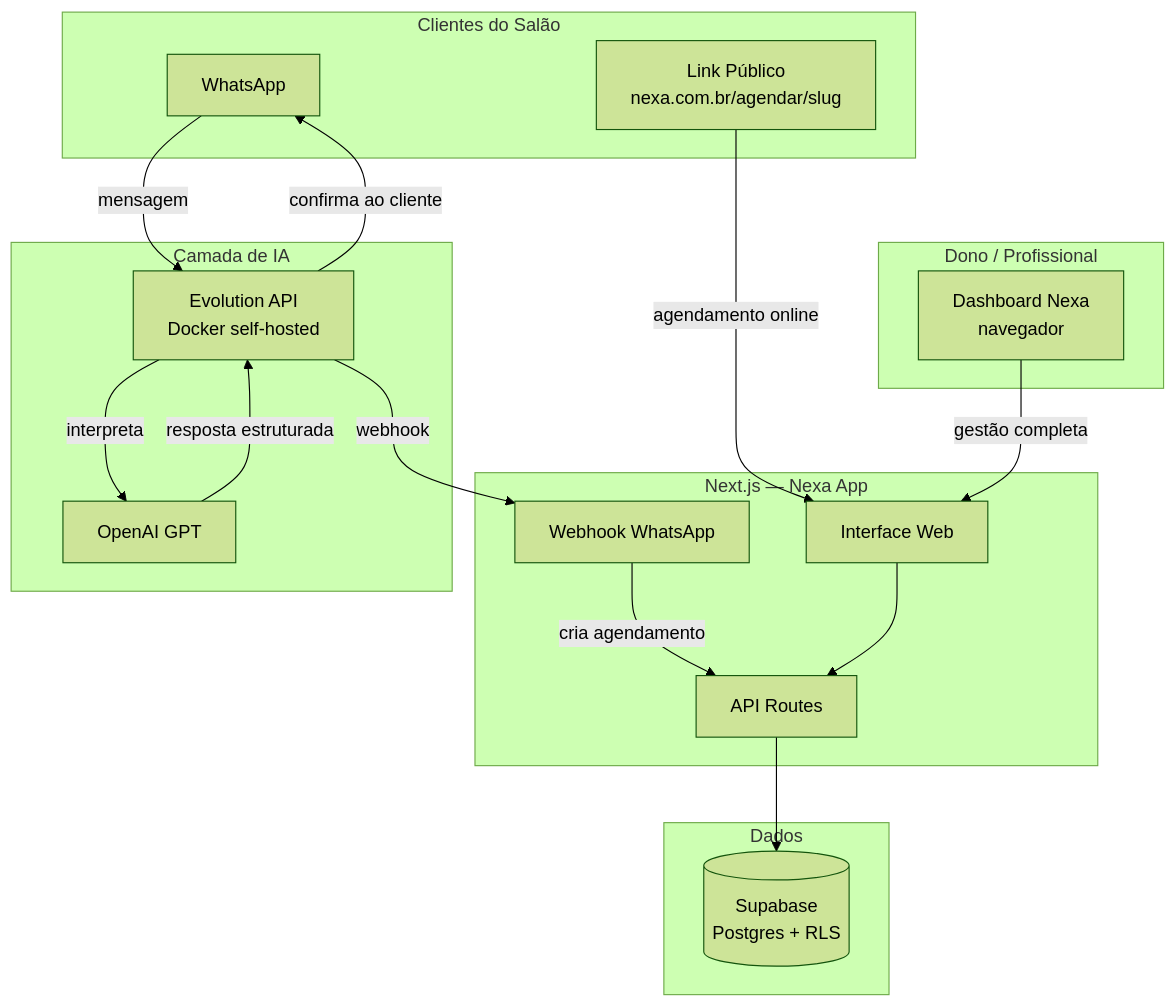
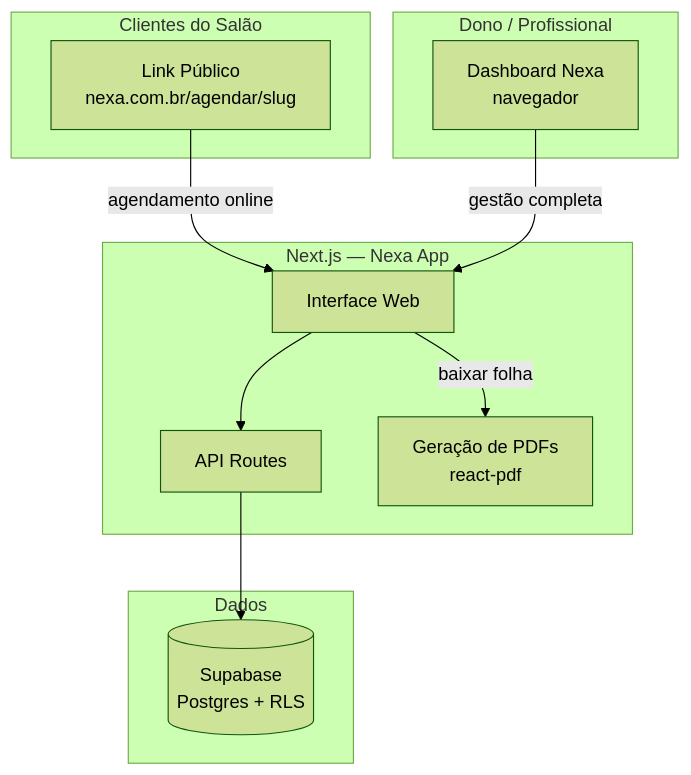
Before and after one commit to DiegoNexa/Nexa: the first of 7 diagrams in DIAGRAM.md, drawn with Mermaid (forest theme). The commit also changed other lines of this file and 5 other files, not shown here.

First line of the commit message:
chore: remove WhatsApp + IA do escopo v1.0 (adiado por custo)

````diff
--- a/DIAGRAM.md
+++ b/DIAGRAM.md
@@ -10,38 +10,26 @@
 ```mermaid
 flowchart TD
     subgraph CLIENT["Clientes do Salão"]
-        WA[WhatsApp]
         LP[Link Público\nnexa.com.br/agendar/slug]
     end
 
     subgraph OWNER["Dono / Profissional"]
         DB[Dashboard Nexa\nnavegador]
     end
 
     subgraph APP["Next.js — Nexa App"]
         UI[Interface Web]
         API[API Routes]
-        WH[Webhook WhatsApp]
-    end
-
-    subgraph AI["Camada de IA"]
-        EVO[Evolution API\nDocker self-hosted]
-        GPT[OpenAI GPT]
+        PDF[Geração de PDFs\nreact-pdf]
     end
 
     subgraph DATA["Dados"]
         SB[(Supabase\nPostgres + RLS)]
     end
 
-    WA -->|mensagem| EVO
-    EVO -->|interpreta| GPT
-    GPT -->|resposta estruturada| EVO
-    EVO -->|webhook| WH
-    WH -->|cria agendamento| API
-    EVO -->|confirma ao cliente| WA
-
     LP -->|agendamento online| UI
     DB -->|gestão completa| UI
     UI --> API
     API --> SB
+    UI -->|baixar folha| PDF
 ```
````
